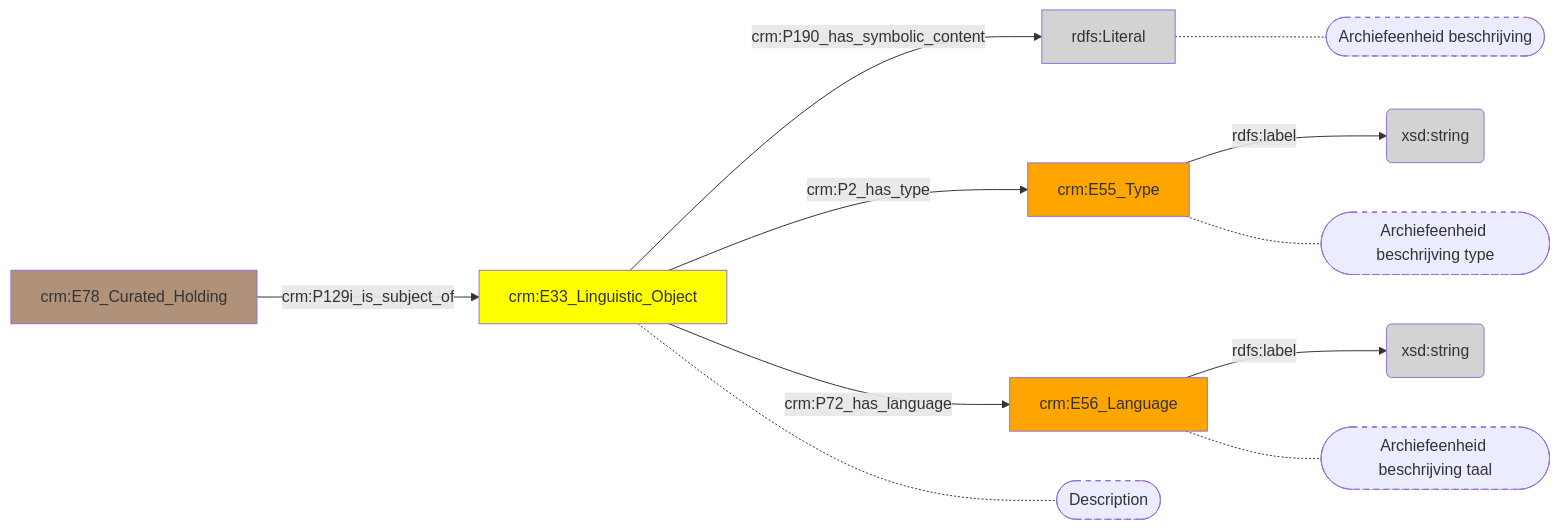
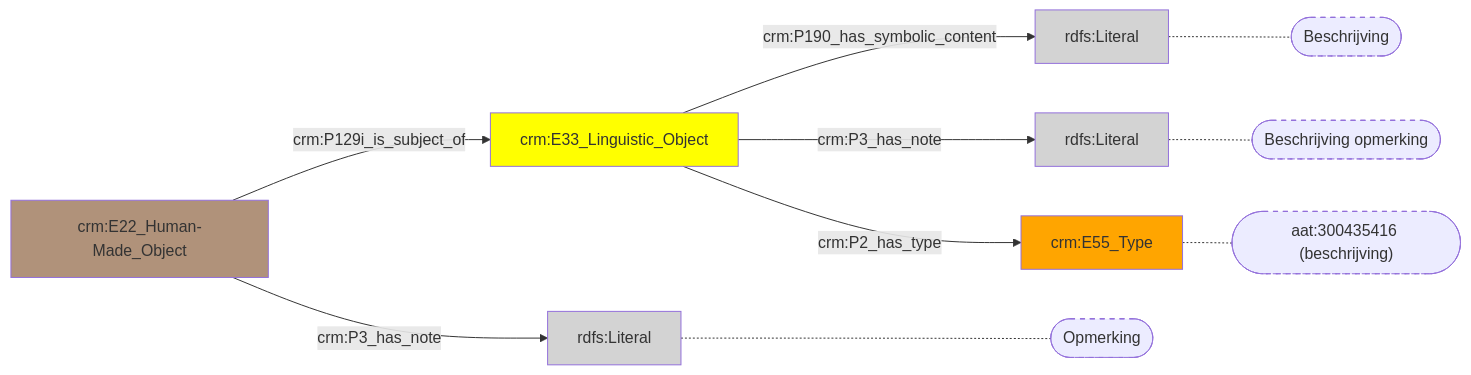
One commit to digipolisantwerpdocumentation/antwerp-cultureel-erfgoed changed the diagram in docs/content/modellen/ArchivalUnit/Inhoud.md. Above: the diagram before and after it, drawn with Mermaid. The commit also changed 170 other files, not shown here.

````diff
--- a/docs/content/modellen/ArchivalUnit/Inhoud.md
+++ b/docs/content/modellen/ArchivalUnit/Inhoud.md
@@ -1,24 +1,22 @@
 ```mermaid
 graph LR
-3b2198de-04fb-11ee-9497-96a6d2455259["crm:E33_Linguistic_Object"]-->|"crm:P190_has_symbolic_content"|3b21a7d4-04fb-11ee-9497-96a6d2455259(rdfs:Literal)
-3b21a82e-04fb-11ee-9497-96a6d2455259["crm:E55_Type"]-->|"rdfs:label"|3b21a784-04fb-11ee-9497-96a6d2455259(xsd:string)
-3b21a87e-04fb-11ee-9497-96a6d2455259["crm:E56_Language"]-->|"rdfs:label"|3b21a8ce-04fb-11ee-9497-96a6d2455259(xsd:string)
-3b2198de-04fb-11ee-9497-96a6d2455259["crm:E33_Linguistic_Object"]-->|"crm:P2_has_type"|3b21a82e-04fb-11ee-9497-96a6d2455259["crm:E55_Type"]
-3b2198de-04fb-11ee-9497-96a6d2455259["crm:E33_Linguistic_Object"]-->|"crm:P72_has_language"|3b21a87e-04fb-11ee-9497-96a6d2455259["crm:E56_Language"]
-3b21a73e-04fb-11ee-9497-96a6d2455259["crm:E78_Curated_Holding"]-->|"crm:P129i_is_subject_of"|3b2198de-04fb-11ee-9497-96a6d2455259["crm:E33_Linguistic_Object"]
-3b21a7d4-04fb-11ee-9497-96a6d2455259["rdfs:Literal"]-.-3b21a7d4-04fb-11ee-9497-96a6d2455259_s(["Archiefeenheid beschrijving"])
-3b21a82e-04fb-11ee-9497-96a6d2455259["crm:E55_Type"]-.-3b21a82e-04fb-11ee-9497-96a6d2455259_s(["Archiefeenheid beschrijving type"])
-3b21a87e-04fb-11ee-9497-96a6d2455259["crm:E56_Language"]-.-3b21a87e-04fb-11ee-9497-96a6d2455259_s(["Archiefeenheid beschrijving taal"])
-3b2198de-04fb-11ee-9497-96a6d2455259["crm:E33_Linguistic_Object"]-.-3b2198de-04fb-11ee-9497-96a6d2455259_s(["Description"])
-style 3b21a7d4-04fb-11ee-9497-96a6d2455259_s stroke-dasharray: 5
-style 3b21a82e-04fb-11ee-9497-96a6d2455259_s stroke-dasharray: 5
-style 3b21a87e-04fb-11ee-9497-96a6d2455259_s stroke-dasharray: 5
-style 3b2198de-04fb-11ee-9497-96a6d2455259_s stroke-dasharray: 5
-style 3b2198de-04fb-11ee-9497-96a6d2455259 fill:#ffff00
-style 3b21a73e-04fb-11ee-9497-96a6d2455259 fill:#B0927A
-style 3b21a784-04fb-11ee-9497-96a6d2455259 fill:#D3D3D3
-style 3b21a7d4-04fb-11ee-9497-96a6d2455259 fill:#D3D3D3
-style 3b21a82e-04fb-11ee-9497-96a6d2455259 fill:#ffa500
-style 3b21a87e-04fb-11ee-9497-96a6d2455259 fill:#ffa500
-style 3b21a8ce-04fb-11ee-9497-96a6d2455259 fill:#D3D3D3
+style ea784bec-27fa-11ef-a1ae-960002548b4f fill:#D3D3D3
+style f03920c2-27f7-11ef-8f92-960002548b4f fill:#B0927A
+style fa393f01-27f9-11ef-95ef-960002548b4f fill:#ffff00
+style fa394354-27f9-11ef-a5d3-960002548b4f fill:#D3D3D3
+style fa3946a5-27f9-11ef-8575-960002548b4f fill:#D3D3D3
+style fa3948ee-27f9-11ef-8067-960002548b4f fill:#ffa500
+f03920c2-27f7-11ef-8f92-960002548b4f["crm:E22_Human-Made_Object"]-->|"crm:P3_has_note"|ea784bec-27fa-11ef-a1ae-960002548b4f(rdfs:Literal)
+fa393f01-27f9-11ef-95ef-960002548b4f["crm:E33_Linguistic_Object"]-->|"crm:P190_has_symbolic_content"|fa3946a5-27f9-11ef-8575-960002548b4f(rdfs:Literal)
+fa393f01-27f9-11ef-95ef-960002548b4f["crm:E33_Linguistic_Object"]-->|"crm:P3_has_note"|fa394354-27f9-11ef-a5d3-960002548b4f(rdfs:Literal)
+f03920c2-27f7-11ef-8f92-960002548b4f["crm:E22_Human-Made_Object"]-->|"crm:P129i_is_subject_of"|fa393f01-27f9-11ef-95ef-960002548b4f["crm:E33_Linguistic_Object"]
+fa393f01-27f9-11ef-95ef-960002548b4f["crm:E33_Linguistic_Object"]-->|"crm:P2_has_type"|fa3948ee-27f9-11ef-8067-960002548b4f["crm:E55_Type"]
+ea784bec-27fa-11ef-a1ae-960002548b4f["rdfs:Literal"]-.-ea784bec-27fa-11ef-a1ae-960002548b4f_s(["Opmerking"])
+fa3946a5-27f9-11ef-8575-960002548b4f["rdfs:Literal"]-.-fa3946a5-27f9-11ef-8575-960002548b4f_s(["Beschrijving"])
+fa3948ee-27f9-11ef-8067-960002548b4f["crm:E55_Type"]-.-fa3948ee-27f9-11ef-8067-960002548b4f_s(["aat:300435416 (beschrijving)"])
+fa394354-27f9-11ef-a5d3-960002548b4f["rdfs:Literal"]-.-fa394354-27f9-11ef-a5d3-960002548b4f_s(["Beschrijving opmerking"])
+style ea784bec-27fa-11ef-a1ae-960002548b4f_s stroke-dasharray: 5
+style fa3946a5-27f9-11ef-8575-960002548b4f_s stroke-dasharray: 5
+style fa3948ee-27f9-11ef-8067-960002548b4f_s stroke-dasharray: 5
+style fa394354-27f9-11ef-a5d3-960002548b4f_s stroke-dasharray: 5
 ```
````
